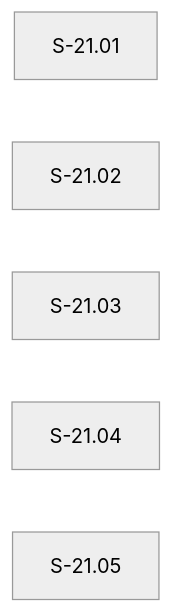
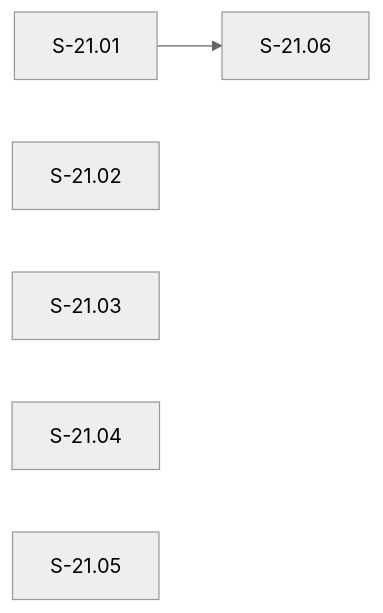
The diagram in stories/epics/E-21-factory-state-data-loss-hardening.md (drbothen/vsdd-factory), drawn with Mermaid (neutral theme) before and after one commit. The commit also changed other lines of this file and 1 other file, not shown here.

````diff
--- a/stories/epics/E-21-factory-state-data-loss-hardening.md
+++ b/stories/epics/E-21-factory-state-data-loss-hardening.md
@@ -201,8 +210,9 @@
 ```mermaid
 graph LR
   S-21.01
   S-21.02
   S-21.03
   S-21.04
   S-21.05
+  S-21.01 --> S-21.06
 ```
````
